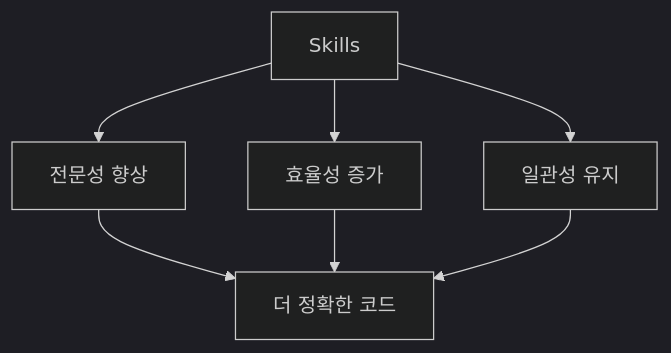
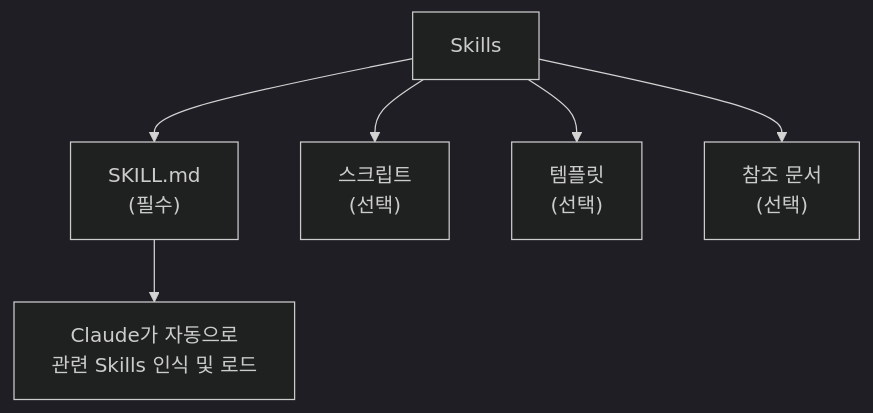
One commit to nugurejeil/weniVooks changed the second of 4 diagrams in _md/essentials-vibecoding/chapter02/02-8.md. Above: the diagram before and after it, drawn with Mermaid (dark theme). The commit also changed other lines of this file and 18 other files, not shown here.

````diff
--- a/_md/essentials-vibecoding/chapter02/02-8.md
+++ b/_md/essentials-vibecoding/chapter02/02-8.md
@@ -63,9 +63,8 @@
 ```mermaid
 flowchart TD
-    A["Skills"] --> B["전문성 향상"]
-    A --> C["효율성 증가"]
-    A --> D["일관성 유지"]
-    B --> E["더 정확한 코드"]
-    C --> E
-    D --> E
+    A["Skills"] --> B["SKILL.md\n(필수)"]
+    A --> C["스크립트\n(선택)"]
+    A --> D["템플릿\n(선택)"]
+    A --> E["참조 문서\n(선택)"]
+    B --> F["Claude가 자동으로\n관련 Skills 인식 및 로드"]
 ```
````
